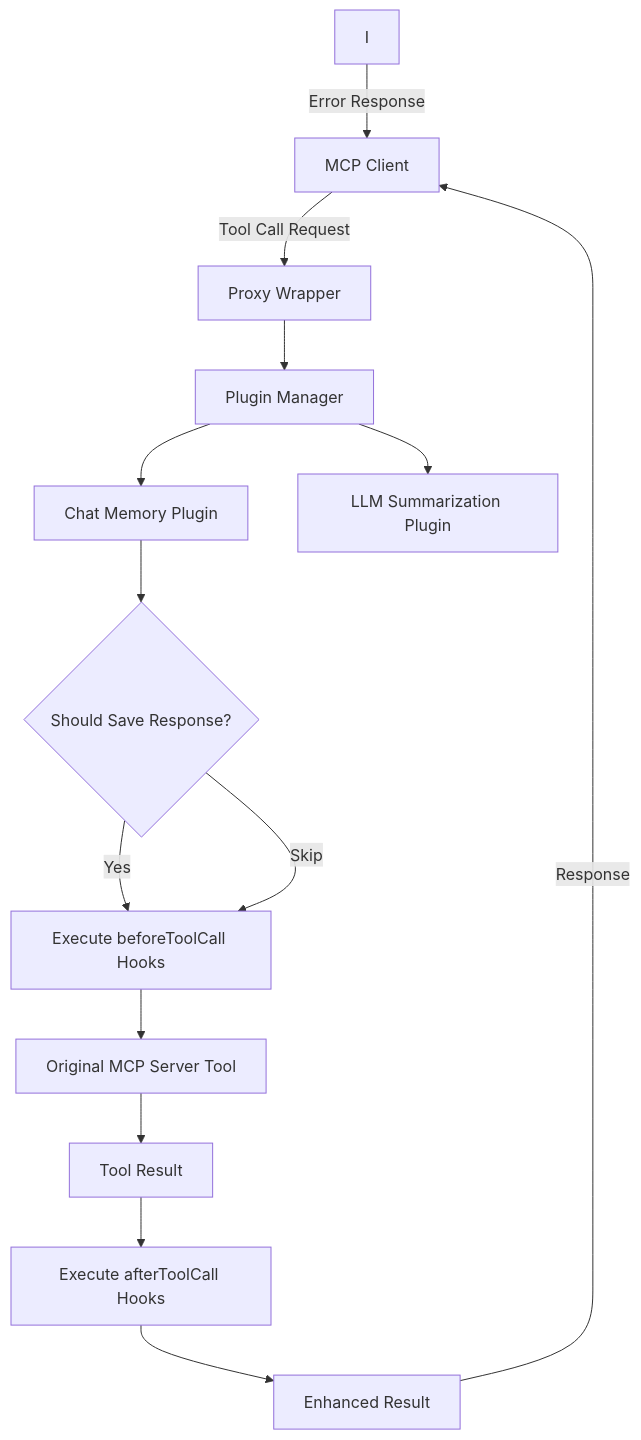
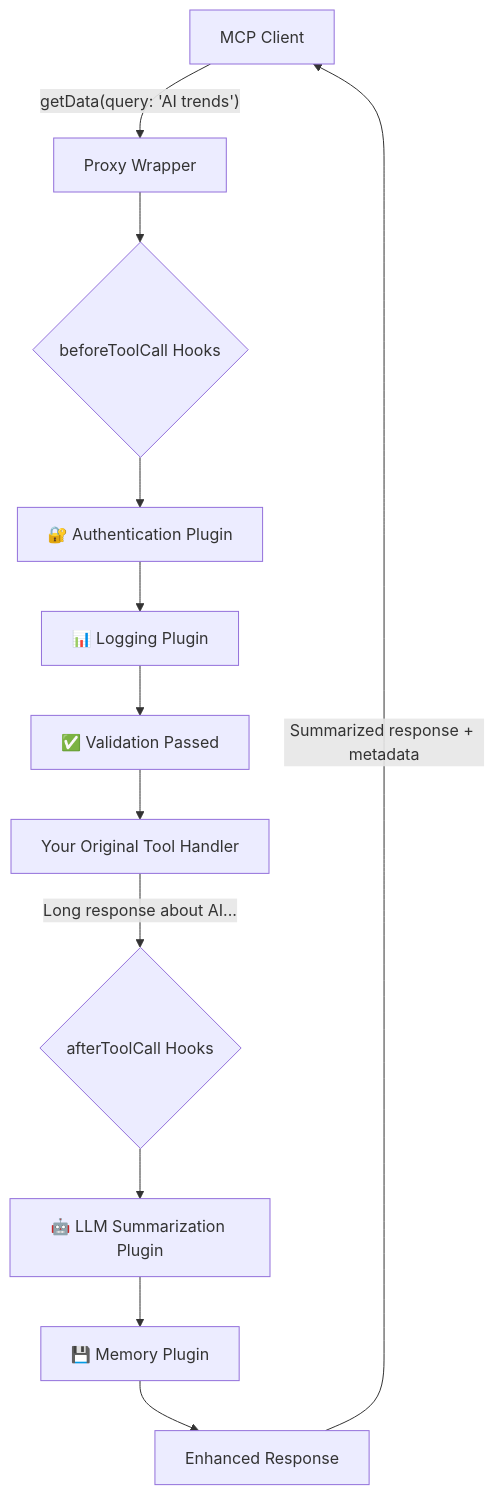
Before and after one commit to mcp-plugins/mcp-proxy-wrapper: the diagram in docs/pages/how-it-works.mdx, drawn with Mermaid. The commit also changed other lines of this file and 2 other files, not shown here.

````diff
--- a/docs/pages/how-it-works.mdx
+++ b/docs/pages/how-it-works.mdx
@@ -15,16 +34,14 @@
 ```mermaid
 graph TD
-    A[MCP Client] -->|Tool Call Request| B[Proxy Wrapper]
-    B --> C[Plugin Manager]
-    C --> D[Chat Memory Plugin]
-    C --> E[LLM Summarization Plugin]
-    D --> G{Should Save Response?}
-    G -->|Yes| H[Execute beforeToolCall Hooks]
-    G -->|Skip| H[Execute beforeToolCall Hooks]
-    H --> J[Original MCP Server Tool]
-    J --> K[Tool Result]
-    K --> L[Execute afterToolCall Hooks]
-    L --> M[Enhanced Result]
-    M -->|Response| A
-    I -->|Error Response| A
+    A[MCP Client] -->|"getData(query: 'AI trends')"| B[Proxy Wrapper]
+    B --> C{beforeToolCall Hooks}
+    C --> D[🔐 Authentication Plugin]
+    D --> E[📊 Logging Plugin]
+    E --> F[✅ Validation Passed]
+    F --> G[Your Original Tool Handler]
+    G -->|"Long response about AI..."| H{afterToolCall Hooks}
+    H --> I[🤖 LLM Summarization Plugin]
+    I --> J[💾 Memory Plugin]
+    J --> K[Enhanced Response]
+    K -->|"Summarized response + metadata"| A
 ```
````
